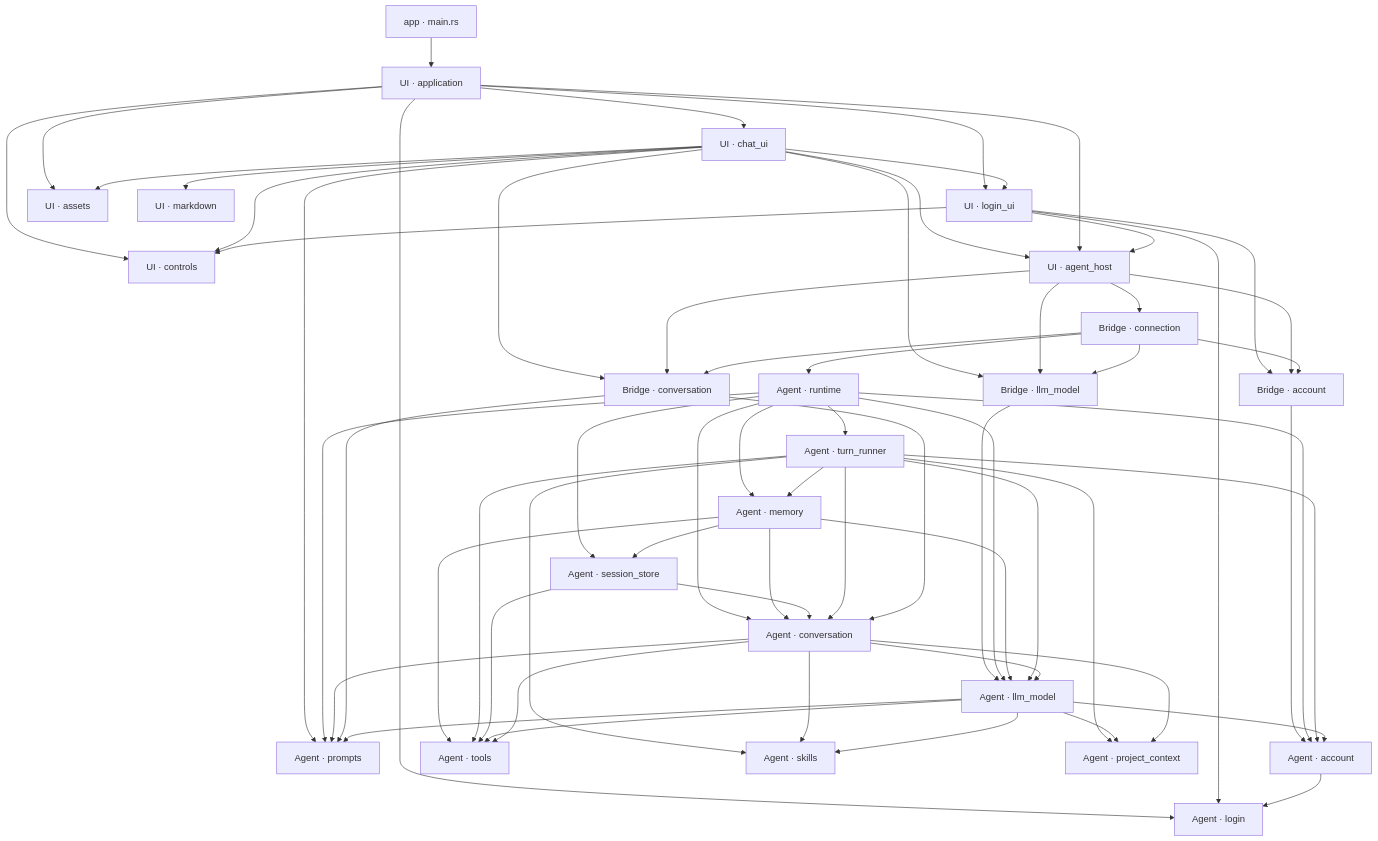
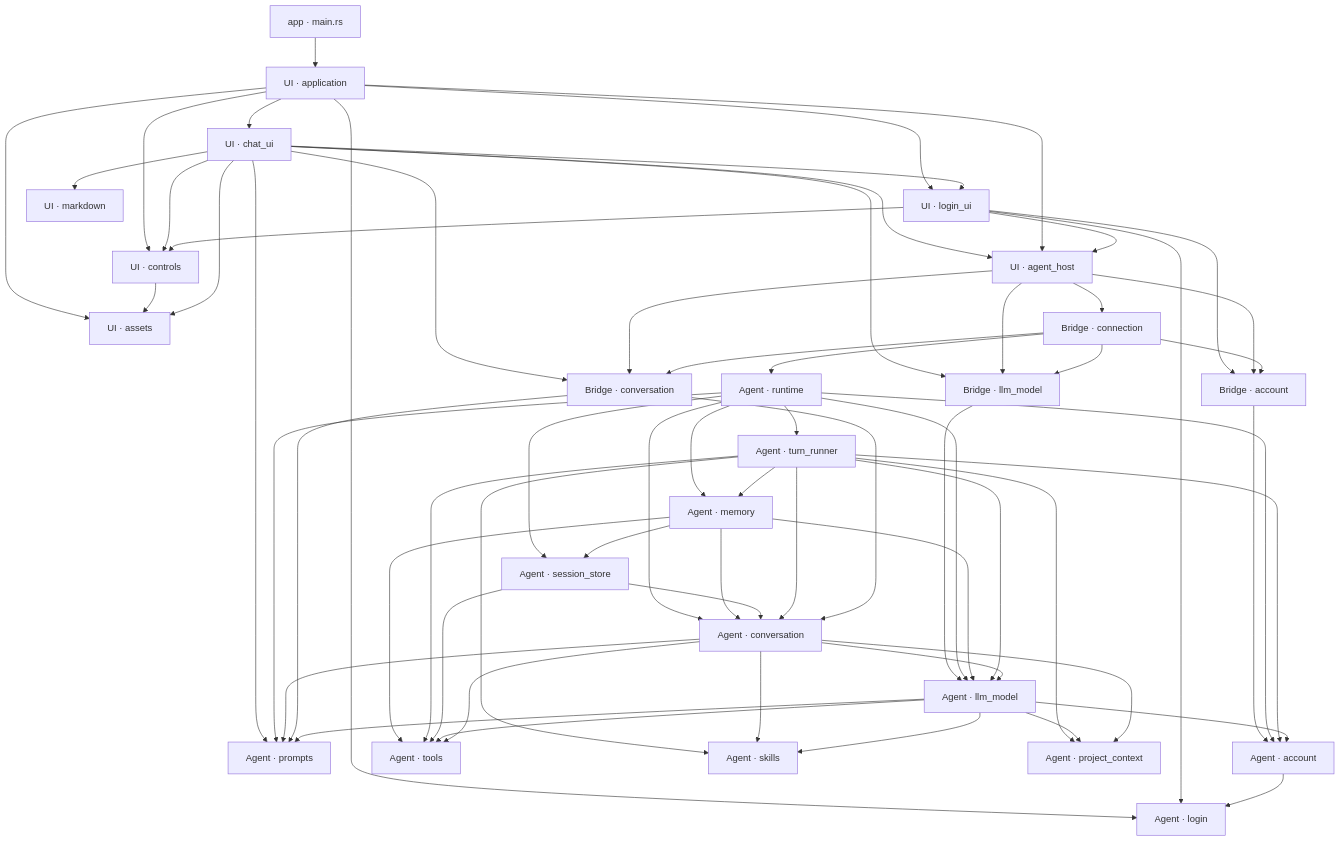
Before and after one commit to slc90/Agentelier: the first of 3 diagrams in docs/design/architecture.md, drawn with Mermaid. The commit also changed other lines of this file and 10 other files, not shown here.

````diff
--- a/docs/design/architecture.md
+++ b/docs/design/architecture.md
@@ -38,65 +38,66 @@
 ```mermaid
 flowchart TD
     Entry["app · main.rs"] --> App["UI · application"]
     App --> UI["UI · login_ui"]
     App --> Assets["UI · assets"]
     App --> Controls["UI · controls"]
+    Controls --> Assets
     App --> Login["Agent · login"]
     UI --> Login
     App --> ChatUI["UI · chat_ui"]
     ChatUI --> Markdown["UI · markdown"]
     ChatUI --> UI
     ChatUI --> Controls
     UI --> Controls
     ChatUI --> Host
     App --> Host["UI · agent_host"]
     UI --> Host
     Host --> Connection["Bridge · connection"]
     UI --> AccountBridge["Bridge · account"]
     ChatUI --> ModelBridge["Bridge · llm_model"]
     ChatUI --> ConversationBridge["Bridge · conversation"]
     ChatUI --> Prompts["Agent · prompts"]
     ChatUI --> Assets
     Host --> AccountBridge
     Host --> ModelBridge
     Host --> ConversationBridge
     Connection --> Runtime["Agent · runtime"]
     Connection --> AccountBridge
     Connection --> ModelBridge
     Connection --> ConversationBridge
     AccountBridge --> Account["Agent · account"]
     ModelBridge --> Model["Agent · llm_model"]
     Runtime --> Account
     Runtime --> Model
     Runtime --> Conversation["Agent · conversation"]
     Runtime --> SessionStore["Agent · session_store"]
     Runtime --> Memory["Agent · memory"]
     Runtime --> Prompts
     Memory --> SessionStore
     Memory --> Conversation
     Memory --> Model
     Memory --> Tools
     SessionStore --> Conversation
     Runtime --> Runner["Agent · turn_runner"]
     Runner --> Conversation
     Runner --> Skills["Agent · skills"]
     Conversation --> Skills
     Runner --> ProjectContext["Agent · project_context"]
     Runner --> Model
     Runner --> Memory
     Runner --> Account
     Runner --> Tools["Agent · tools"]
     SessionStore --> Tools
     Model --> Skills
     Model --> ProjectContext
     Model --> Tools
     Conversation --> Tools
     Conversation --> Model
     Conversation --> Prompts
     Conversation --> ProjectContext
     ConversationBridge --> Conversation
     ConversationBridge --> Prompts
     Model --> Prompts
     Model --> Account
     Account --> Login
 ```
````
